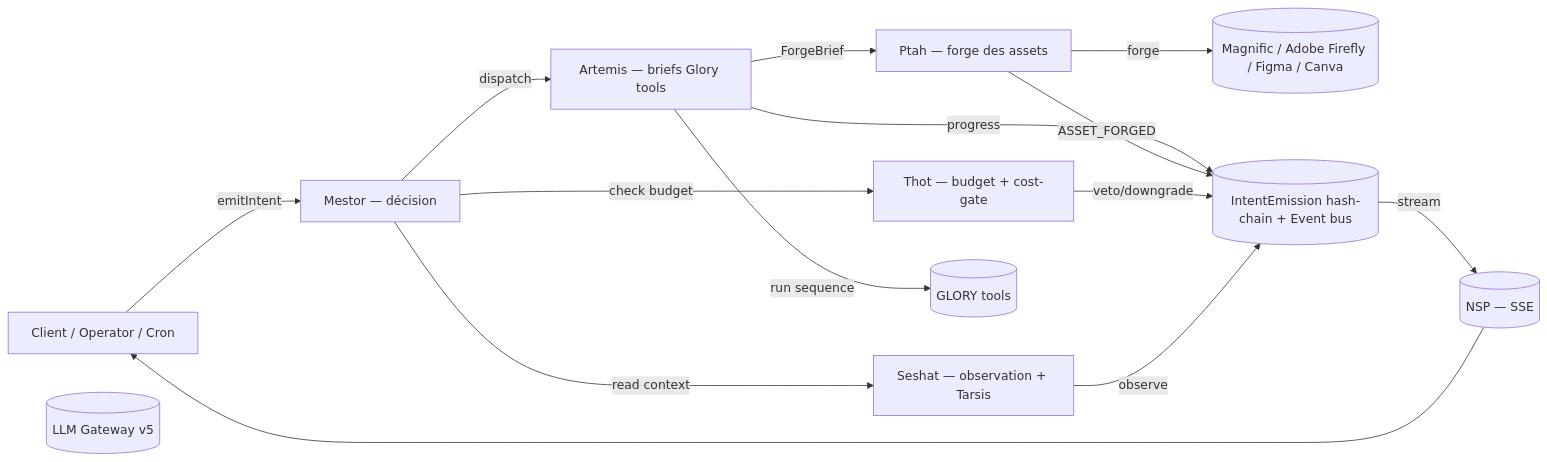
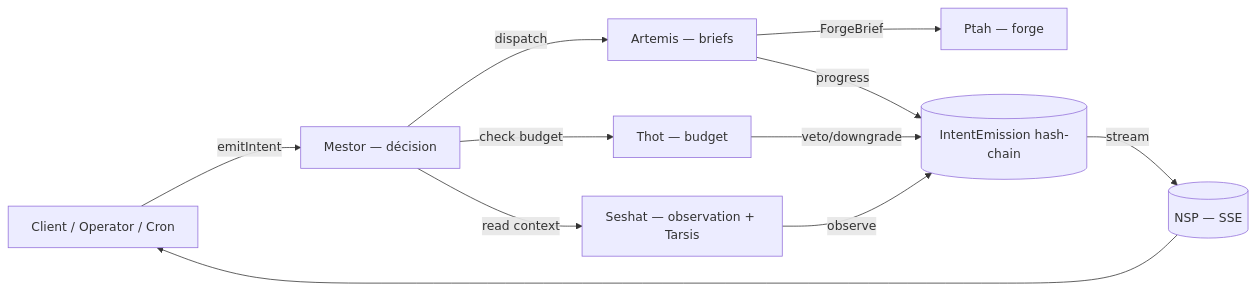
One commit to xtincell/ADVE-project changed the diagram in README.md. Above: the diagram before and after it, drawn with Mermaid. The commit also changed other lines of this file and 3 other files, not shown here.

````diff
--- a/README.md
+++ b/README.md
@@ -59,28 +118,21 @@
 ```mermaid
 flowchart LR
   client[Client / Operator / Cron]
   mestor[Mestor — décision]
-  artemis[Artemis — briefs Glory tools]
-  ptah[Ptah — forge des assets]
+  artemis[Artemis — briefs]
+  ptah[Ptah — forge]
   seshat[Seshat — observation + Tarsis]
-  thot[Thot — budget + cost-gate]
-  glory[(GLORY tools)]
-  providers[(Magnific / Adobe Firefly / Figma / Canva)]
-  llm[(LLM Gateway v5)]
-  bus[(IntentEmission hash-chain + Event bus)]
+  thot[Thot — budget]
+  bus[(IntentEmission hash-chain)]
   nsp[(NSP — SSE)]
 
   client -- emitIntent --> mestor
   mestor -- check budget --> thot
   mestor -- read context --> seshat
   mestor -- dispatch --> artemis
-  artemis -- run sequence --> glory
   artemis -- ForgeBrief --> ptah
-  ptah -- forge --> providers
   artemis -- progress --> bus
-  ptah -- ASSET_FORGED --> bus
   thot -- veto/downgrade --> bus
   seshat -- observe --> bus
-  bus -- stream --> nsp
-  nsp --> client
+  bus -- stream --> nsp --> client
 ```
````
